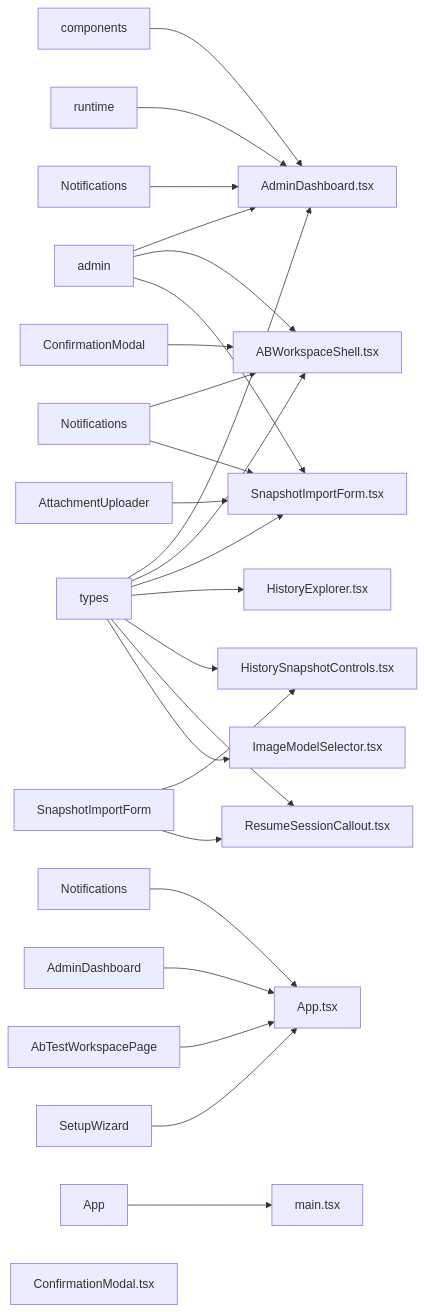
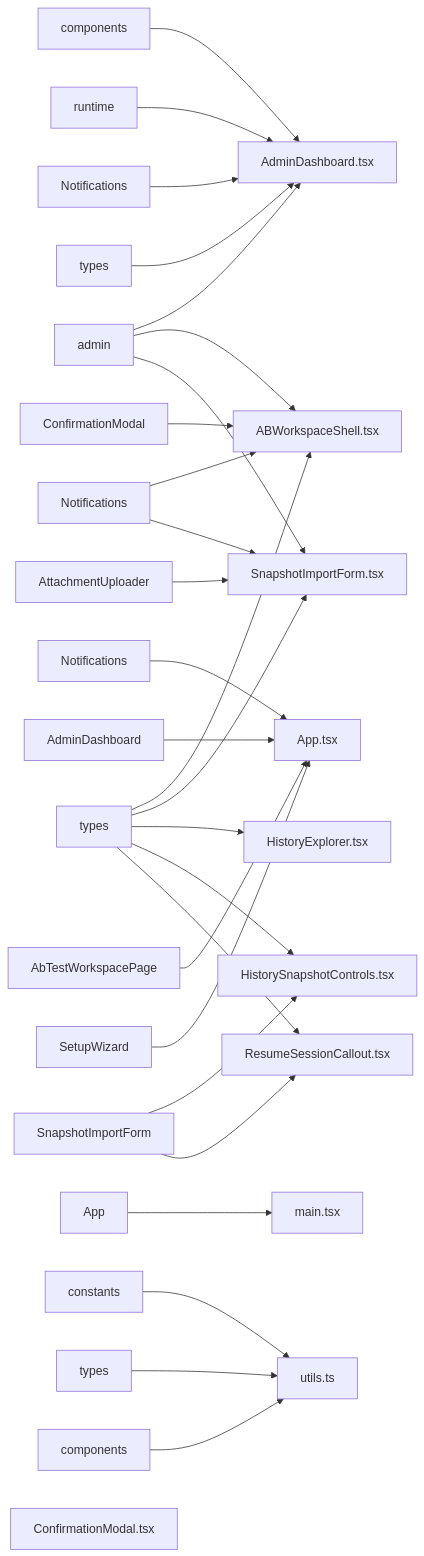
The fourth of 4 diagrams in docs/CODEBASE_MAP.md (gerkensm/vaporvibe), drawn with Mermaid before and after one commit. The commit also changed other lines of this file and 40 other files, not shown here.

````diff
--- a/docs/CODEBASE_MAP.md
+++ b/docs/CODEBASE_MAP.md
@@ -816,37 +833,39 @@
 ```mermaid
 graph LR
   pages_AdminDashboard_tsx["AdminDashboard.tsx"]
   ___components["components"] --> pages_AdminDashboard_tsx
   ___api_admin["admin"] --> pages_AdminDashboard_tsx
   ___constants_runtime["runtime"] --> pages_AdminDashboard_tsx
   ___components_Notifications["Notifications"] --> pages_AdminDashboard_tsx
-  ___api_types["types"] --> pages_AdminDashboard_tsx
+  __admin_dashboard_types["types"] --> pages_AdminDashboard_tsx
   App_tsx["App.tsx"]
   __components_Notifications["Notifications"] --> App_tsx
   __pages_AdminDashboard["AdminDashboard"] --> App_tsx
   __pages_AbTestWorkspacePage["AbTestWorkspacePage"] --> App_tsx
   __pages_SetupWizard["SetupWizard"] --> App_tsx
   components_ABWorkspaceShell_tsx["ABWorkspaceShell.tsx"]
   ___api_admin["admin"] --> components_ABWorkspaceShell_tsx
   __Notifications["Notifications"] --> components_ABWorkspaceShell_tsx
   ___api_types["types"] --> components_ABWorkspaceShell_tsx
   __ConfirmationModal["ConfirmationModal"] --> components_ABWorkspaceShell_tsx
   components_SnapshotImportForm_tsx["SnapshotImportForm.tsx"]
   ___api_admin["admin"] --> components_SnapshotImportForm_tsx
   __AttachmentUploader["AttachmentUploader"] --> components_SnapshotImportForm_tsx
   __Notifications["Notifications"] --> components_SnapshotImportForm_tsx
   ___api_types["types"] --> components_SnapshotImportForm_tsx
   components_HistoryExplorer_tsx["HistoryExplorer.tsx"]
   ___api_types["types"] --> components_HistoryExplorer_tsx
   components_HistorySnapshotControls_tsx["HistorySnapshotControls.tsx"]
   ___api_types["types"] --> components_HistorySnapshotControls_tsx
   __SnapshotImportForm["SnapshotImportForm"] --> components_HistorySnapshotControls_tsx
   components_ResumeSessionCallout_tsx["ResumeSessionCallout.tsx"]
   ___api_types["types"] --> components_ResumeSessionCallout_tsx
   __SnapshotImportForm["SnapshotImportForm"] --> components_ResumeSessionCallout_tsx
   main_tsx["main.tsx"]
   __App["App"] --> main_tsx
+  pages_admin_dashboard_utils_ts["utils.ts"]
+  __constants["constants"] --> pages_admin_dashboard_utils_ts
+  __types["types"] --> pages_admin_dashboard_utils_ts
+  ______components["components"] --> pages_admin_dashboard_utils_ts
   components_ConfirmationModal_tsx["ConfirmationModal.tsx"]
-  components_ImageModelSelector_tsx["ImageModelSelector.tsx"]
-  ___api_types["types"] --> components_ImageModelSelector_tsx
 ```
````
